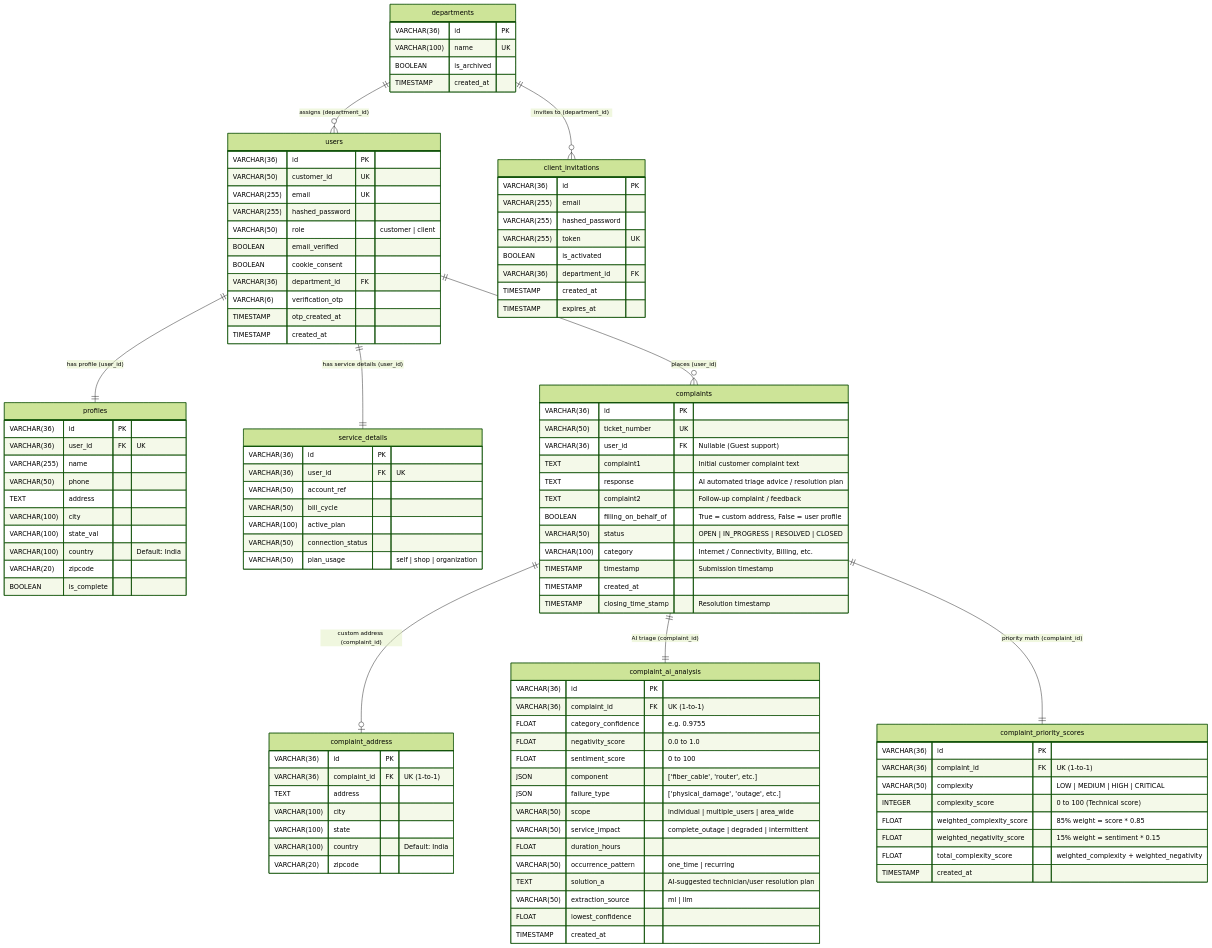
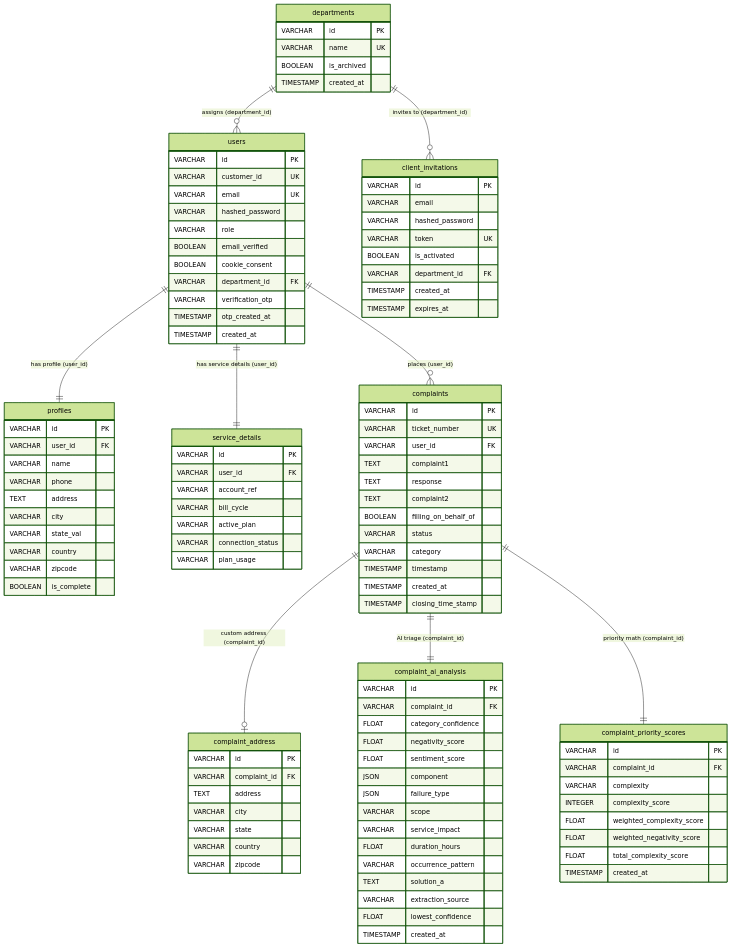
The first of 4 diagrams in INTEGRATION_2_README.md (telecom-complaint-intelligence/telecom-backend), drawn with Mermaid (forest theme) before and after one commit. The commit also changed other lines of this file, not shown here.

Commit message:
mermaid fix

````diff
--- a/INTEGRATION_2_README.md
+++ b/INTEGRATION_2_README.md
@@ -21,111 +21,111 @@
     complaints ||--|| complaint_priority_scores : "priority math (complaint_id)"
 
     users {
-        VARCHAR(36) id PK
-        VARCHAR(50) customer_id UK
-        VARCHAR(255) email UK
-        VARCHAR(255) hashed_password
-        VARCHAR(50) role "customer | client"
+        VARCHAR id PK
+        VARCHAR customer_id UK
+        VARCHAR email UK
+        VARCHAR hashed_password
+        VARCHAR role
         BOOLEAN email_verified
         BOOLEAN cookie_consent
-        VARCHAR(36) department_id FK
-        VARCHAR(6) verification_otp
+        VARCHAR department_id FK
+        VARCHAR verification_otp
         TIMESTAMP otp_created_at
         TIMESTAMP created_at
     }
 
     profiles {
-        VARCHAR(36) id PK
-        VARCHAR(36) user_id FK "UK"
-        VARCHAR(255) name
-        VARCHAR(50) phone
+        VARCHAR id PK
+        VARCHAR user_id FK
+        VARCHAR name
+        VARCHAR phone
         TEXT address
-        VARCHAR(100) city
-        VARCHAR(100) state_val
-        VARCHAR(100) country "Default: India"
-        VARCHAR(20) zipcode
+        VARCHAR city
+        VARCHAR state_val
+        VARCHAR country
+        VARCHAR zipcode
         BOOLEAN is_complete
     }
 
     service_details {
-        VARCHAR(36) id PK
-        VARCHAR(36) user_id FK "UK"
-        VARCHAR(50) account_ref
-        VARCHAR(50) bill_cycle
-        VARCHAR(100) active_plan
-        VARCHAR(50) connection_status
-        VARCHAR(50) plan_usage "self | shop | organization"
+        VARCHAR id PK
+        VARCHAR user_id FK
+        VARCHAR account_ref
+        VARCHAR bill_cycle
+        VARCHAR active_plan
+        VARCHAR connection_status
+        VARCHAR plan_usage
     }
 
     departments {
-        VARCHAR(36) id PK
-        VARCHAR(100) name UK
+        VARCHAR id PK
+        VARCHAR name UK
         BOOLEAN is_archived
         TIMESTAMP created_at
     }
 
     client_invitations {
-        VARCHAR(36) id PK
-        VARCHAR(255) email
-        VARCHAR(255) hashed_password
-        VARCHAR(255) token UK
+        VARCHAR id PK
+        VARCHAR email
+        VARCHAR hashed_password
+        VARCHAR token UK
         BOOLEAN is_activated
-        VARCHAR(36) department_id FK
+        VARCHAR department_id FK
         TIMESTAMP created_at
         TIMESTAMP expires_at
     }
 
     complaints {
-        VARCHAR(36) id PK
-        VARCHAR(50) ticket_number UK
-        VARCHAR(36) user_id FK "Nullable (Guest support)"
-        TEXT complaint1 "Initial customer complaint text"
-        TEXT response "AI automated triage advice / resolution plan"
-        TEXT complaint2 "Follow-up complaint / feedback"
-        BOOLEAN filling_on_behalf_of "True = custom address, False = user profile"
-        VARCHAR(50) status "OPEN | IN_PROGRESS | RESOLVED | CLOSED"
-        VARCHAR(100) category "Internet / Connectivity, Billing, etc."
-        TIMESTAMP timestamp "Submission timestamp"
+        VARCHAR id PK
+        VARCHAR ticket_number UK
+        VARCHAR user_id FK
+        TEXT complaint1
+        TEXT response
+        TEXT complaint2
+        BOOLEAN filling_on_behalf_of
+        VARCHAR status
+        VARCHAR category
+        TIMESTAMP timestamp
         TIMESTAMP created_at
-        TIMESTAMP closing_time_stamp "Resolution timestamp"
+        TIMESTAMP closing_time_stamp
     }
 
     complaint_address {
-        VARCHAR(36) id PK
-        VARCHAR(36) complaint_id FK "UK (1-to-1)"
+        VARCHAR id PK
+        VARCHAR complaint_id FK
         TEXT address
-        VARCHAR(100) city
-        VARCHAR(100) state
-        VARCHAR(100) country "Default: India"
-        VARCHAR(20) zipcode
+        VARCHAR city
+        VARCHAR state
+        VARCHAR country
+        VARCHAR zipcode
     }
 
     complaint_ai_analysis {
-        VARCHAR(36) id PK
-        VARCHAR(36) complaint_id FK "UK (1-to-1)"
-        FLOAT category_confidence "e.g. 0.9755"
-        FLOAT negativity_score "0.0 to 1.0"
-        FLOAT sentiment_score "0 to 100"
-        JSON component "['fiber_cable', 'router', etc.]"
-        JSON failure_type "['physical_damage', 'outage', etc.]"
-        VARCHAR(50) scope "individual | multiple_users | area_wide"
-        VARCHAR(50) service_impact "complete_outage | degraded | intermittent"
+        VARCHAR id PK
+        VARCHAR complaint_id FK
+        FLOAT category_confidence
+        FLOAT negativity_score
+        FLOAT sentiment_score
+        JSON component
+        JSON failure_type
+        VARCHAR scope
+        VARCHAR service_impact
         FLOAT duration_hours
-        VARCHAR(50) occurrence_pattern "one_time | recurring"
-        TEXT solution_a "AI-suggested technician/user resolution plan"
-        VARCHAR(50) extraction_source "ml | llm"
+        VARCHAR occurrence_pattern
+        TEXT solution_a
+        VARCHAR extraction_source
         FLOAT lowest_confidence
         TIMESTAMP created_at
     }
 
     complaint_priority_scores {
-        VARCHAR(36) id PK
-        VARCHAR(36) complaint_id FK "UK (1-to-1)"
-        VARCHAR(50) complexity "LOW | MEDIUM | HIGH | CRITICAL"
-        INTEGER complexity_score "0 to 100 (Technical score)"
-        FLOAT weighted_complexity_score "85% weight = score * 0.85"
-        FLOAT weighted_negativity_score "15% weight = sentiment * 0.15"
-        FLOAT total_complexity_score "weighted_complexity + weighted_negativity"
+        VARCHAR id PK
+        VARCHAR complaint_id FK
+        VARCHAR complexity
+        INTEGER complexity_score
+        FLOAT weighted_complexity_score
+        FLOAT weighted_negativity_score
+        FLOAT total_complexity_score
         TIMESTAMP created_at
     }
 ```
````
